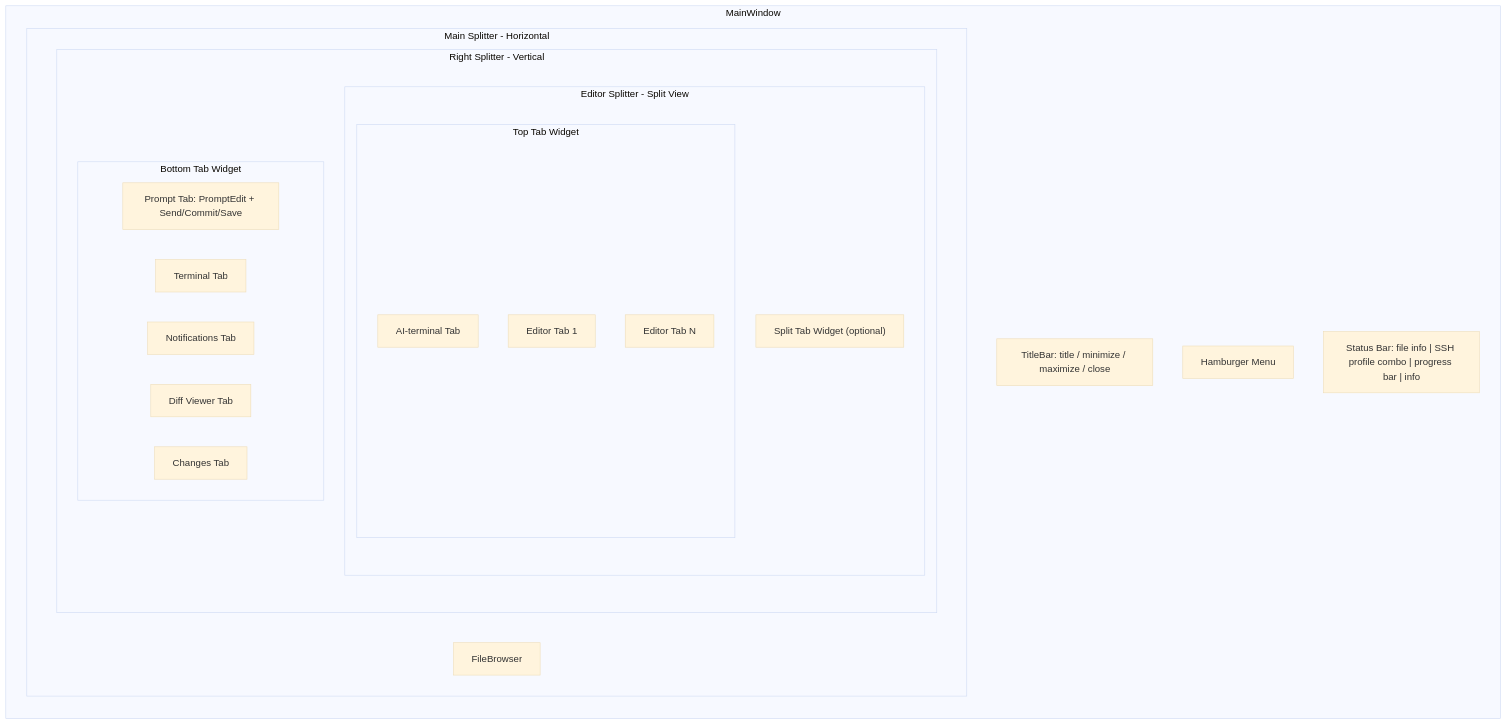
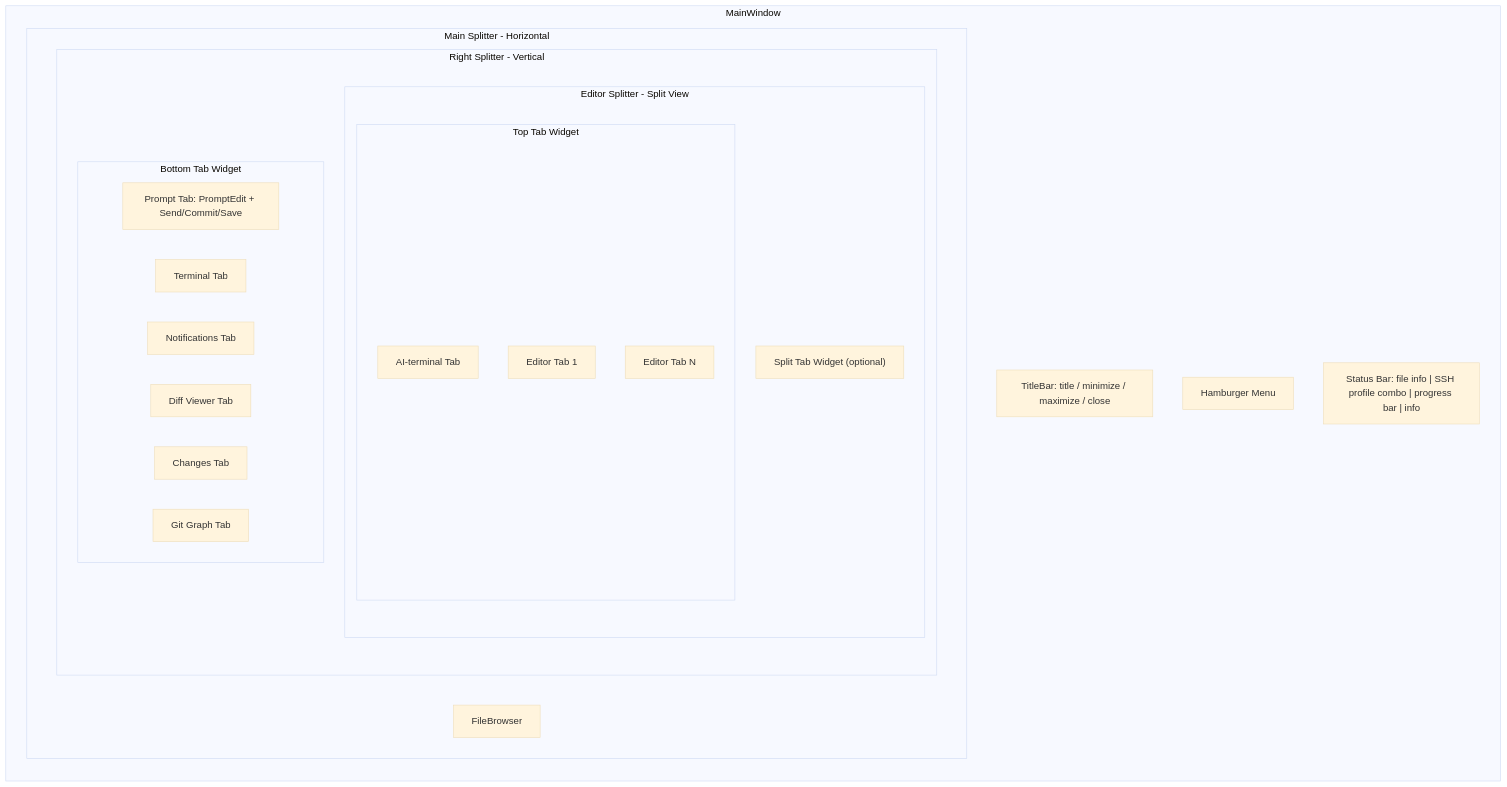
The first of 17 diagrams in docs/diagrams.md (dkrse/vibe-coder), drawn with Mermaid (base theme) before and after one commit. The commit also changed other lines of this file and 22 other files, not shown here.

````diff
--- a/docs/diagrams.md
+++ b/docs/diagrams.md
@@ -5,34 +5,35 @@
 ```mermaid
 graph TB
     subgraph MainWindow
         direction TB
         TB["TitleBar: title / minimize / maximize / close"]
         HM[Hamburger Menu]
         SB["Status Bar: file info | SSH profile combo | progress bar | info"]
 
         subgraph MainSplitter[Main Splitter - Horizontal]
             direction LR
             FB[FileBrowser]
 
             subgraph RightSplitter[Right Splitter - Vertical]
                 direction TB
                 subgraph EditorSplitter[Editor Splitter - Split View]
                     subgraph TabWidget[Top Tab Widget]
                         T0[AI-terminal Tab]
                         T1[Editor Tab 1]
                         T2[Editor Tab N]
                     end
                     STW["Split Tab Widget (optional)"]
                 end
 
                 subgraph BottomTabWidget[Bottom Tab Widget]
                     PT[Prompt Tab: PromptEdit + Send/Commit/Save]
                     BT[Terminal Tab]
                     NT[Notifications Tab]
                     DV[Diff Viewer Tab]
                     CM[Changes Tab]
+                    GG[Git Graph Tab]
                 end
             end
         end
     end
 ```
````
